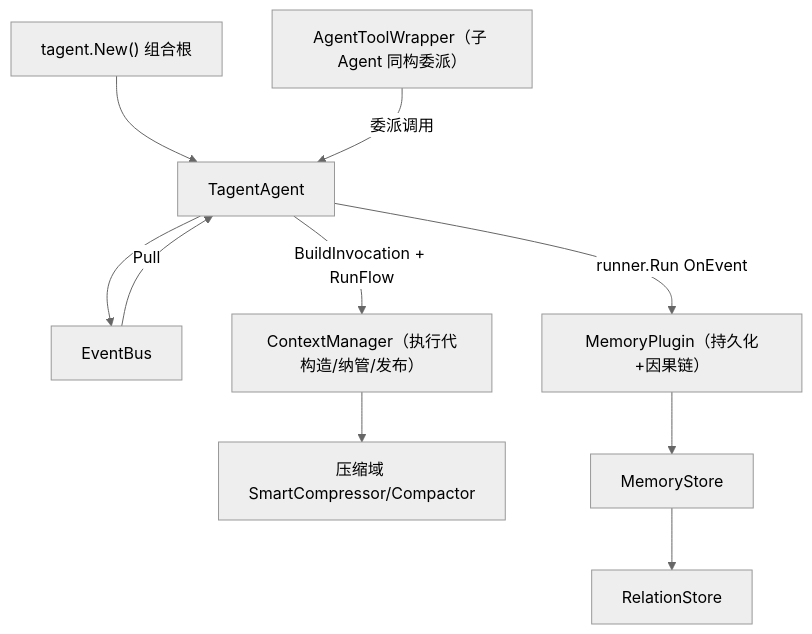
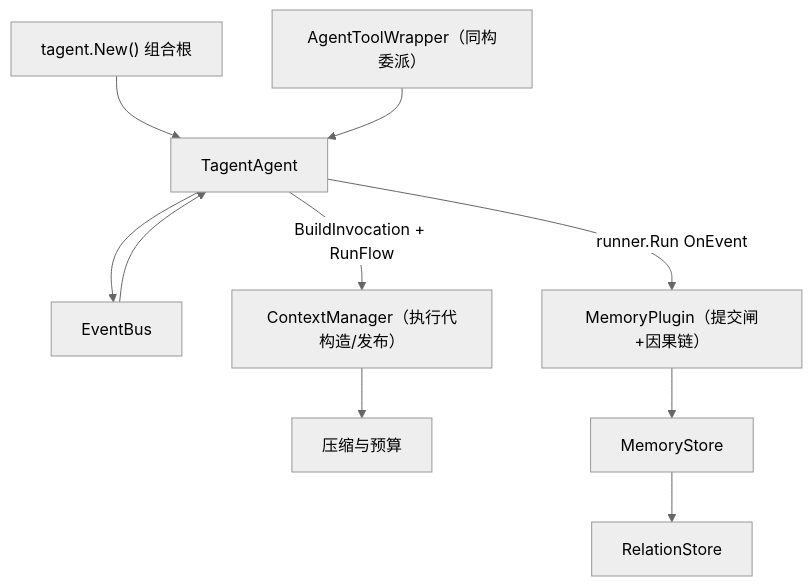
The second of 2 diagrams in README.md (SpellingDragon/tagent), drawn with Mermaid (neutral theme) before and after one commit. The commit also changed other lines of this file and 1 other file, not shown here.

````diff
--- a/README.md
+++ b/README.md
@@ -62,16 +121,8 @@
 ```mermaid
 graph TB
-    ROOT["tagent.New() 组合根"]
-    TA["TagentAgent"]
-    EB["EventBus"]
-    CM["ContextManager（执行代构造/纳管/发布）"]
-    SC["压缩域 SmartCompressor/Compactor"]
-    MP["MemoryPlugin（持久化+因果链）"]
-    MS["MemoryStore"]
-    RS["RelationStore"]
-    ATW["AgentToolWrapper（子 Agent 同构委派）"]
-    ROOT --> TA --> EB -->|Pull| TA
-    TA -->|BuildInvocation + RunFlow| CM --> SC
-    TA -->|runner.Run OnEvent| MP --> MS --> RS
-    ATW -->|委派调用| TA
+    ROOT["tagent.New() 组合根"] --> TA["TagentAgent"]
+    TA --> EB["EventBus"] --> TA
+    TA -->|BuildInvocation + RunFlow| CM["ContextManager（执行代构造/发布）"] --> SC["压缩与预算"]
+    TA -->|runner.Run OnEvent| MP["MemoryPlugin（提交闸+因果链）"] --> MS["MemoryStore"] --> RS["RelationStore"]
+    ATW["AgentToolWrapper（同构委派）"] --> TA
 ```
````
